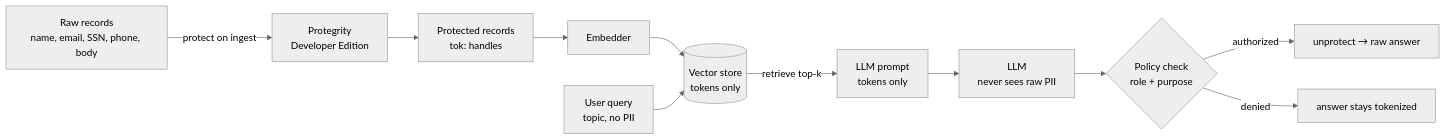
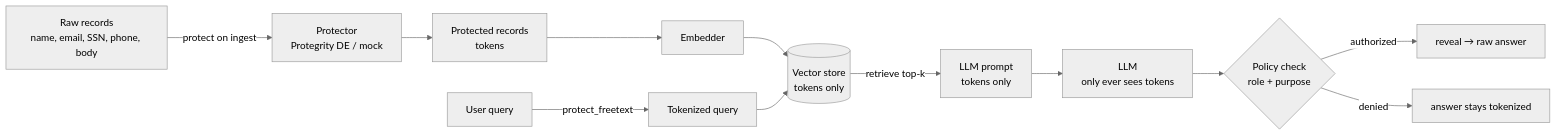
The diagram in ARCHITECTURE.md (BadAsh99/aegis-rag), drawn with Mermaid (neutral theme) before and after one commit. The commit also changed other lines of this file and 1 other file, not shown here.

First line of the commit message:
Phase 6: honest README + ARCHITECTURE (assume-injection-wins frame)

````diff
--- a/ARCHITECTURE.md
+++ b/ARCHITECTURE.md
@@ -5,13 +9,14 @@
 ```mermaid
 flowchart LR
-    A[Raw records<br/>name, email, SSN, phone, body] -->|protect on ingest| B[Protegrity<br/>Developer Edition]
-    B --> C[Protected records<br/>tok: handles]
+    A[Raw records<br/>name, email, SSN, phone, body] -->|protect on ingest| B[Protector<br/>Protegrity DE / mock]
+    B --> C[Protected records<br/>tokens]
     C --> D[Embedder]
     D --> E[(Vector store<br/>tokens only)]
-    Q[User query<br/>topic, no PII] --> E
+    Q[User query] -->|protect_freetext| Qp[Tokenized query]
+    Qp --> E
     E -->|retrieve top-k| F[LLM prompt<br/>tokens only]
-    F --> G[LLM<br/>never sees raw PII]
+    F --> G[LLM<br/>only ever sees tokens]
     G --> H{Policy check<br/>role + purpose}
-    H -->|authorized| I[unprotect → raw answer]
+    H -->|authorized| I[reveal → raw answer]
     H -->|denied| J[answer stays tokenized]
 ```
````
